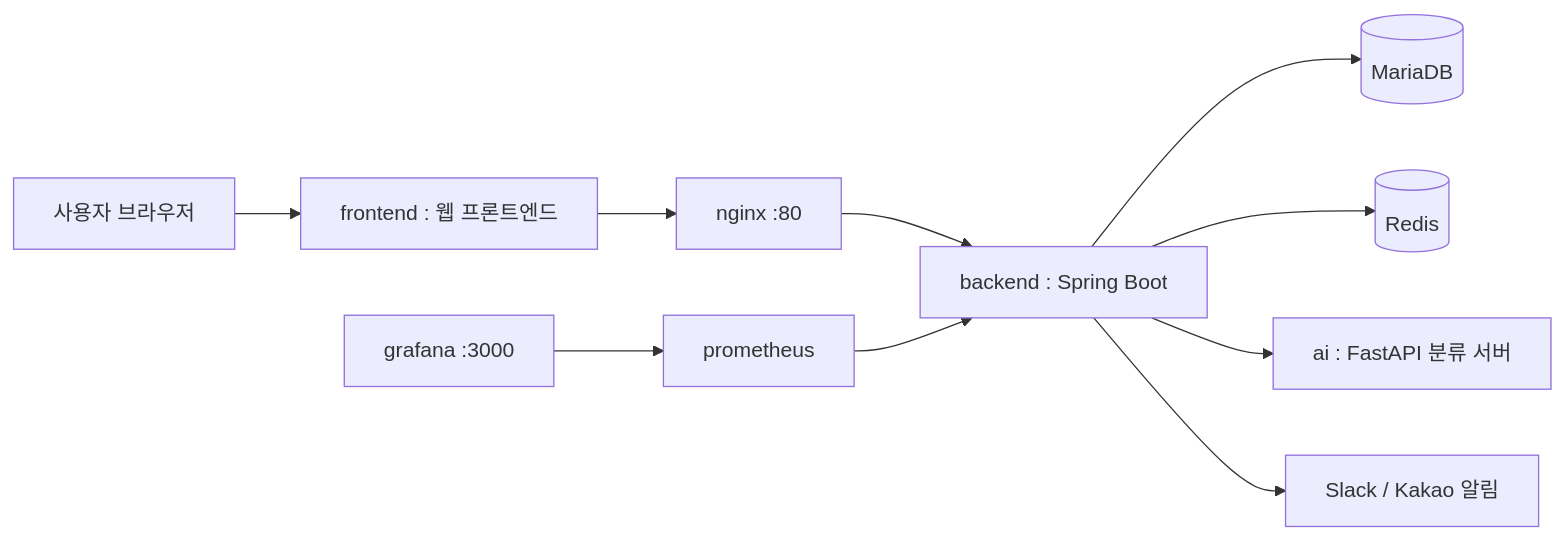
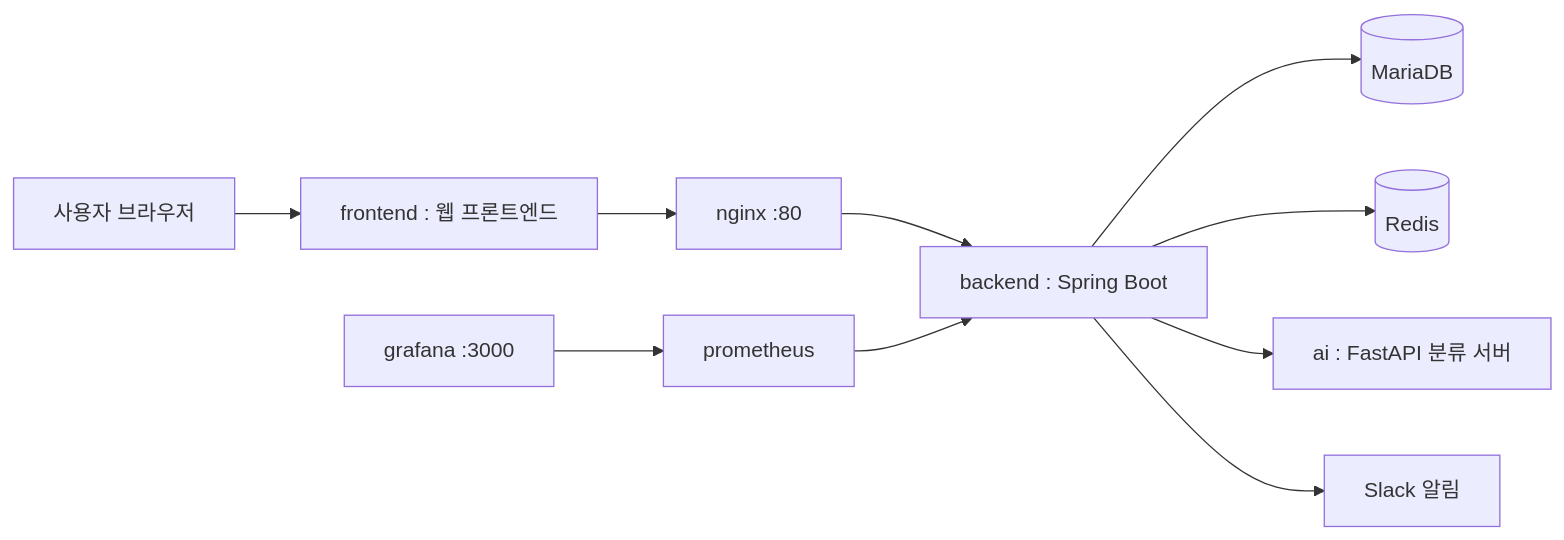
Before and after one commit to farmer0010/ft_transcendence: the diagram in README.md, drawn with Mermaid. The commit also changed other lines of this file and 1 other file, not shown here.

````diff
--- a/README.md
+++ b/README.md
@@ -102,12 +111,12 @@
 ```mermaid
 flowchart LR
     User[사용자 브라우저] --> Frontend[frontend : 웹 프론트엔드]
     Frontend --> Nginx[nginx :80]
     Nginx --> Backend[backend : Spring Boot]
     Backend --> MariaDB[(MariaDB)]
     Backend --> Redis[(Redis)]
     Backend --> AI[ai : FastAPI 분류 서버]
-    Backend --> Slack[Slack / Kakao 알림]
+    Backend --> Slack[Slack 알림]
     Prometheus[prometheus] --> Backend
     Grafana[grafana :3000] --> Prometheus
 ```
````
